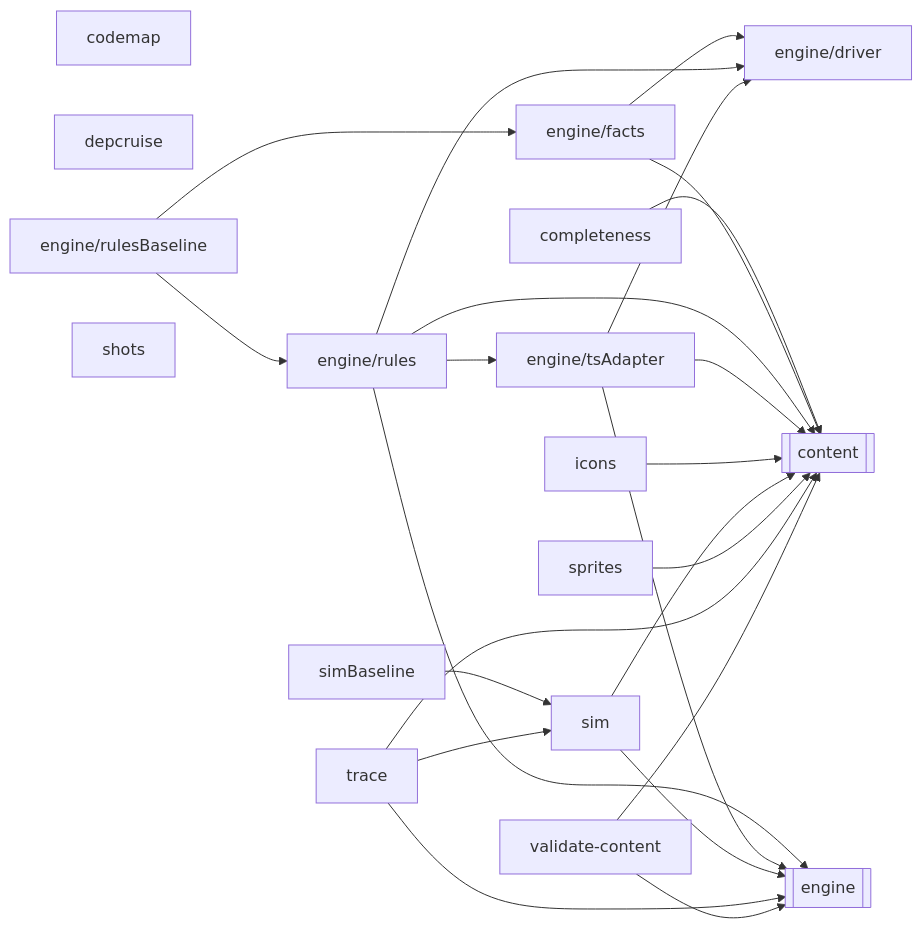
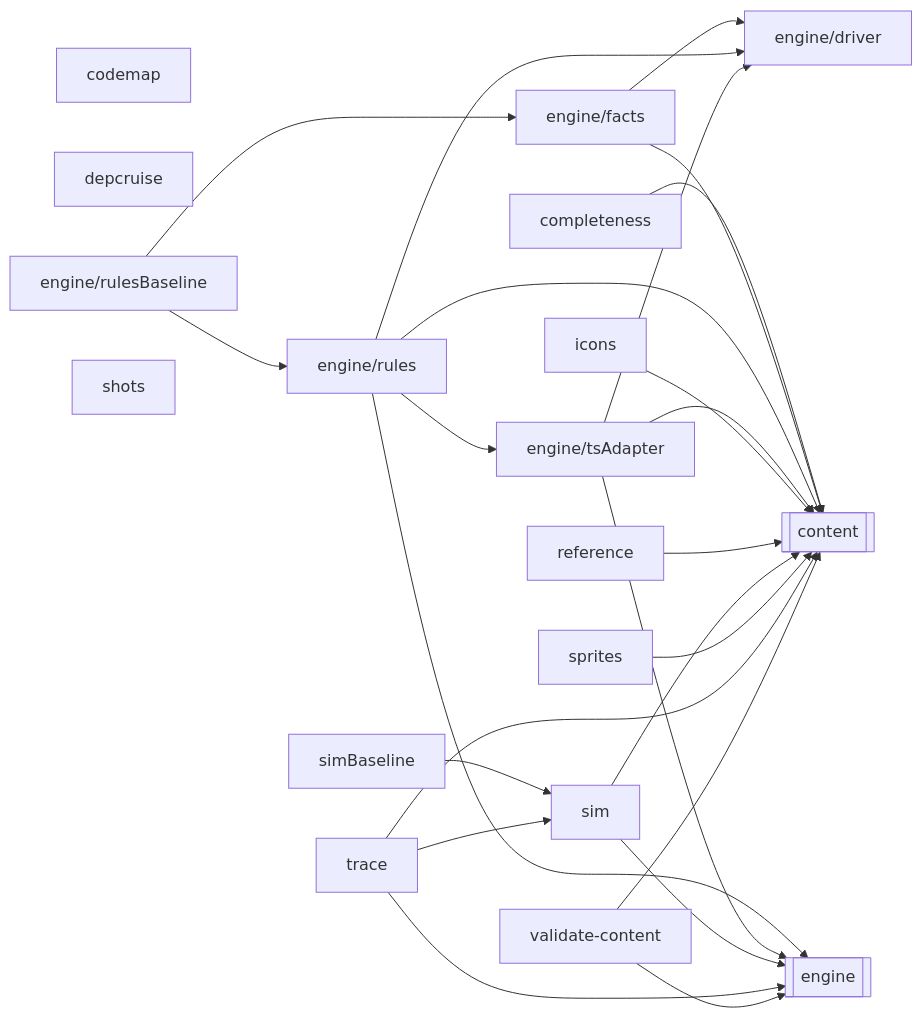
One commit to OrangeB0lt/Cyber-funk changed the diagram in docs/reference/code-map/tools.md. Above: the diagram before and after it, drawn with Mermaid. The commit also changed other lines of this file and 16 other files, not shown here.

First line of the commit message:
Generate the content reference tables

````diff
--- a/docs/reference/code-map/tools.md
+++ b/docs/reference/code-map/tools.md
@@ -11,42 +11,44 @@
 ```mermaid
 flowchart LR
   n_codemap["codemap"]
   n_completeness["completeness"]
   n_depcruise["depcruise"]
   n_engine_driver["engine/driver"]
   n_engine_facts["engine/facts"]
   n_engine_rules["engine/rules"]
   n_engine_rulesBaseline["engine/rulesBaseline"]
   n_engine_tsAdapter["engine/tsAdapter"]
   n_icons["icons"]
+  n_reference["reference"]
   n_shots["shots"]
   n_sim["sim"]
   n_simBaseline["simBaseline"]
   n_sprites["sprites"]
   n_trace["trace"]
   n_validate_content["validate-content"]
   n_ext_content[["content"]]
   n_ext_engine[["engine"]]
   n_completeness --> n_ext_content
   n_engine_facts --> n_engine_driver
   n_engine_facts --> n_ext_content
   n_engine_rules --> n_engine_driver
   n_engine_rules --> n_engine_tsAdapter
   n_engine_rules --> n_ext_content
   n_engine_rules --> n_ext_engine
   n_engine_rulesBaseline --> n_engine_facts
   n_engine_rulesBaseline --> n_engine_rules
   n_engine_tsAdapter --> n_engine_driver
   n_engine_tsAdapter --> n_ext_content
   n_engine_tsAdapter --> n_ext_engine
   n_icons --> n_ext_content
+  n_reference --> n_ext_content
   n_sim --> n_ext_content
   n_sim --> n_ext_engine
   n_simBaseline --> n_sim
   n_sprites --> n_ext_content
   n_trace --> n_ext_content
   n_trace --> n_ext_engine
   n_trace --> n_sim
   n_validate_content --> n_ext_content
   n_validate_content --> n_ext_engine
 ```
````
